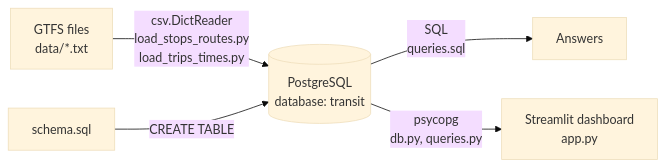
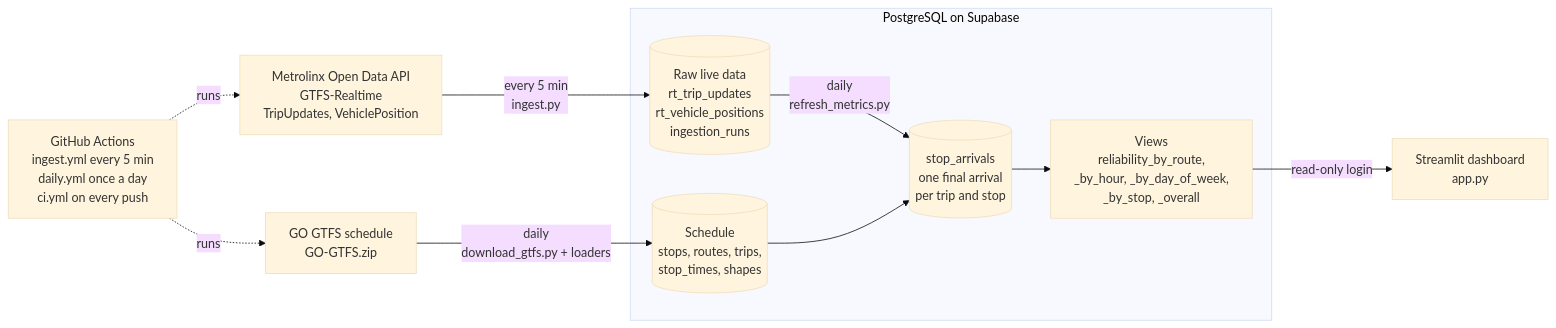
The diagram in README.md (ZahanAhmedKhan/transit-tracker), drawn with Mermaid (base theme) before and after one commit. The commit also changed other lines of this file, not shown here.

First line of the commit message:
Rewrite the README for the reliability tracker

````diff
--- a/README.md
+++ b/README.md
@@ -9,7 +16,19 @@
 ```mermaid
 flowchart LR
-    A["GTFS files<br/>data/*.txt"] -->|"csv.DictReader<br/>load_stops_routes.py<br/>load_trips_times.py"| B[("PostgreSQL<br/>database: transit")]
-    S["schema.sql"] -->|"CREATE TABLE"| B
-    B -->|"SQL<br/>queries.sql"| C["Answers"]
-    B -->|"psycopg<br/>db.py, queries.py"| D["Streamlit dashboard<br/>app.py"]
+    RT["Metrolinx Open Data API<br/>GTFS-Realtime<br/>TripUpdates, VehiclePosition"] -->|"every 5 min<br/>ingest.py"| RAW
+    GTFS["GO GTFS schedule<br/>GO-GTFS.zip"] -->|"daily<br/>download_gtfs.py + loaders"| SCHED
+
+    subgraph SB["PostgreSQL on Supabase"]
+        SCHED[("Schedule<br/>stops, routes, trips,<br/>stop_times, shapes")]
+        RAW[("Raw live data<br/>rt_trip_updates<br/>rt_vehicle_positions<br/>ingestion_runs")]
+        ARR[("stop_arrivals<br/>one final arrival<br/>per trip and stop")]
+        VIEWS["Views<br/>reliability_by_route,<br/>_by_hour, _by_day_of_week,<br/>_by_stop, _overall"]
+        RAW -->|"daily<br/>refresh_metrics.py"| ARR
+        SCHED --> ARR
+        ARR --> VIEWS
+    end
+
+    VIEWS -->|"read-only login"| APP["Streamlit dashboard<br/>app.py"]
+    GHA["GitHub Actions<br/>ingest.yml every 5 min<br/>daily.yml once a day<br/>ci.yml on every push"] -.->|"runs"| RT
+    GHA -.->|"runs"| GTFS
 ```
````
